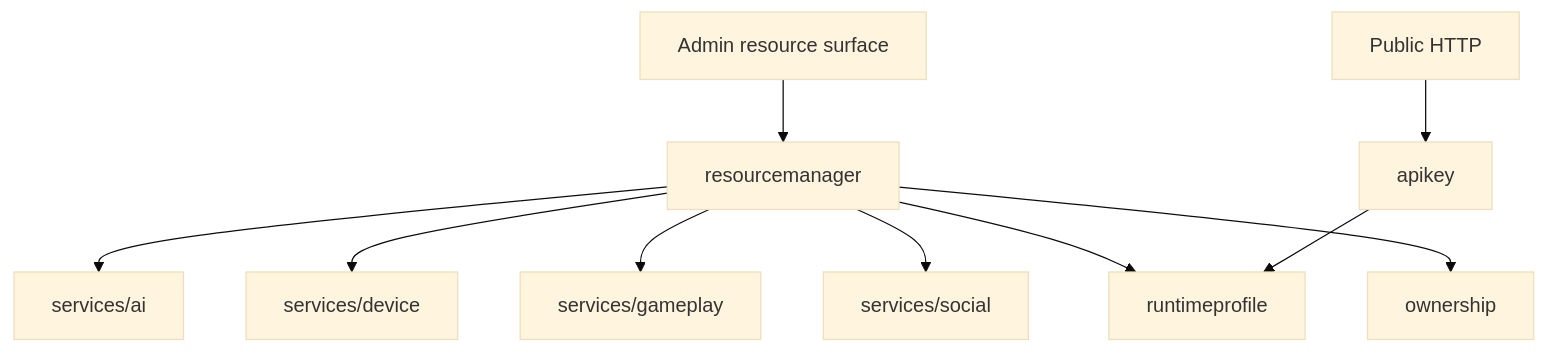
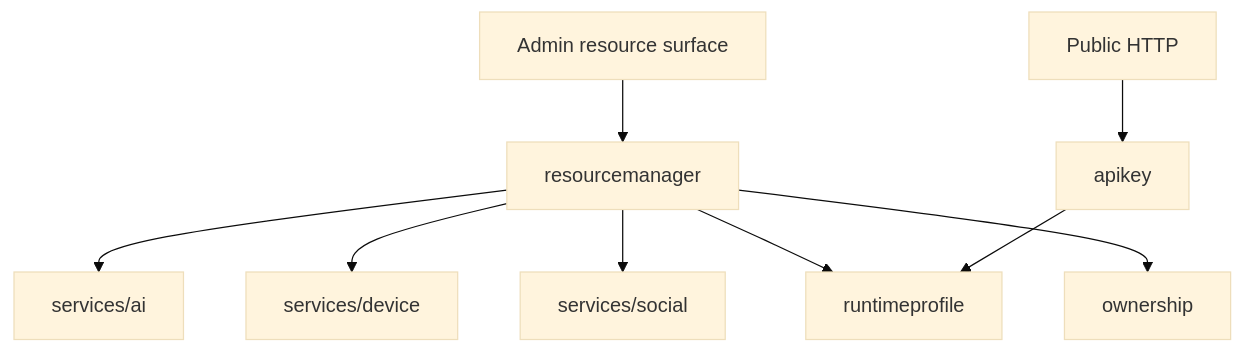
The diagram in guides/en/developing/gizclaw/services/system.md (GizClaw/gizclaw), drawn with Mermaid (base theme) before and after one commit. The commit also changed other lines of this file and 348 other files, not shown here.

````diff
--- a/guides/en/developing/gizclaw/services/system.md
+++ b/guides/en/developing/gizclaw/services/system.md
@@ -50,12 +50,11 @@
 ```mermaid
 flowchart TB
     Admin["Admin resource surface"] --> ResourceManager["resourcemanager"]
     ResourceManager --> AI["services/ai"]
     ResourceManager --> Device["services/device"]
-    ResourceManager --> Gameplay["services/gameplay"]
     ResourceManager --> Social["services/social"]
     ResourceManager --> Profile["runtimeprofile"]
     ResourceManager --> Ownership["ownership"]
     Public["Public HTTP"] --> APIKey["apikey"]
     APIKey --> Profile
 ```
````
